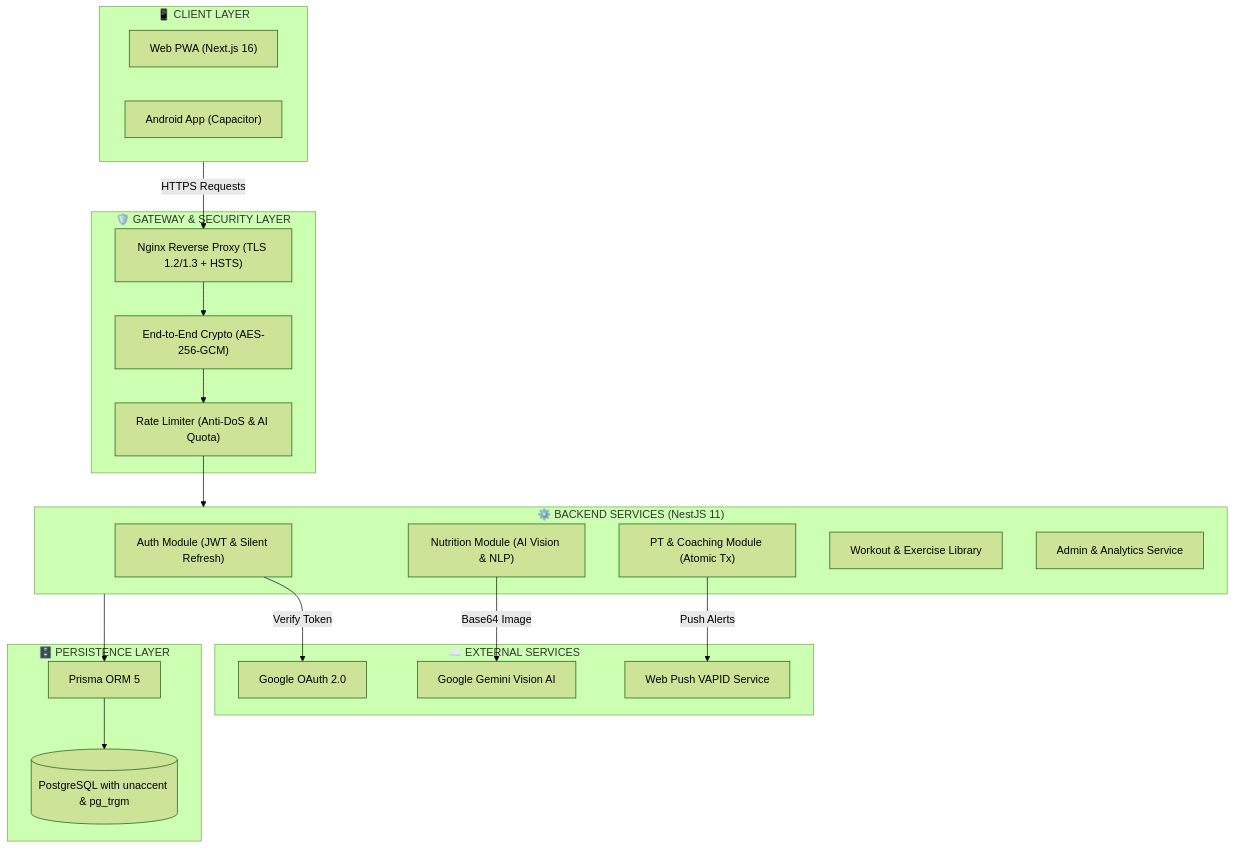
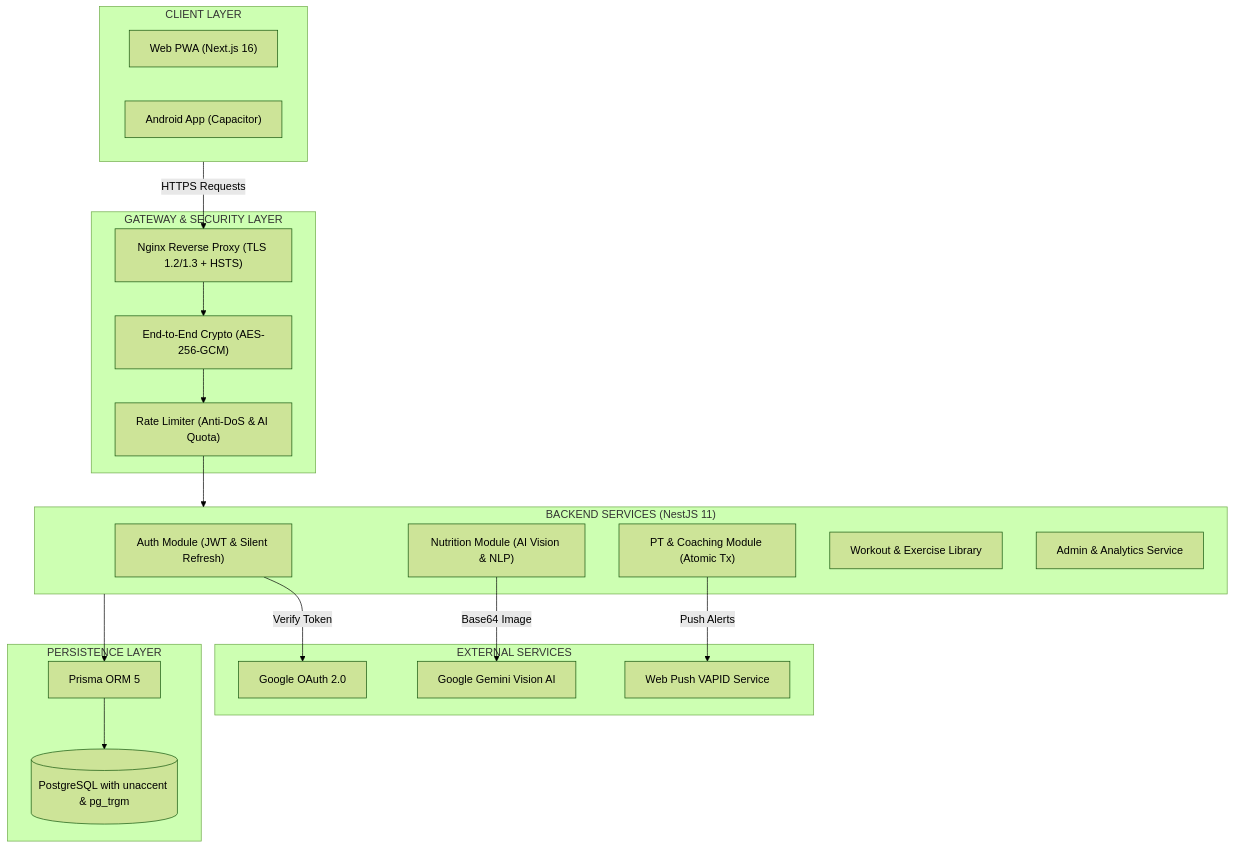
One commit to HuyIT2706/FitManagementPlatform changed the diagram in README.md. Above: the diagram before and after it, drawn with Mermaid (forest theme). The commit also changed other lines of this file and 1 other file, not shown here.

````diff
--- a/README.md
+++ b/README.md
@@ -62,44 +62,44 @@
 ```mermaid
 flowchart TB
-    subgraph Clients["📱 CLIENT LAYER"]
+    subgraph Clients["CLIENT LAYER"]
         PWA["Web PWA (Next.js 16)"]
         Mobile["Android App (Capacitor)"]
     end
 
-    subgraph Security["🛡️ GATEWAY & SECURITY LAYER"]
+    subgraph Security["GATEWAY & SECURITY LAYER"]
         Nginx["Nginx Reverse Proxy (TLS 1.2/1.3 + HSTS)"]
         Crypto["End-to-End Crypto (AES-256-GCM)"]
         Throttler["Rate Limiter (Anti-DoS & AI Quota)"]
     end
 
-    subgraph BackendApp["⚙️ BACKEND SERVICES (NestJS 11)"]
+    subgraph BackendApp["BACKEND SERVICES (NestJS 11)"]
         AuthMod["Auth Module (JWT & Silent Refresh)"]
         NutritionMod["Nutrition Module (AI Vision & NLP)"]
         PTMod["PT & Coaching Module (Atomic Tx)"]
         WorkoutMod["Workout & Exercise Library"]
         AdminMod["Admin & Analytics Service"]
     end
 
-    subgraph External["☁️ EXTERNAL SERVICES"]
+    subgraph External["EXTERNAL SERVICES"]
         GeminiAI["Google Gemini Vision AI"]
         WebPush["Web Push VAPID Service"]
         OAuth["Google OAuth 2.0"]
     end
 
-    subgraph Database["🗄️ PERSISTENCE LAYER"]
+    subgraph Database[" PERSISTENCE LAYER"]
         Postgres[(PostgreSQL with unaccent & pg_trgm)]
         Prisma["Prisma ORM 5"]
     end
 
     Clients -->|HTTPS Requests| Nginx
     Nginx --> Crypto
     Crypto --> Throttler
     Throttler --> BackendApp
 
     NutritionMod -->|Base64 Image| GeminiAI
     AuthMod -->|Verify Token| OAuth
     PTMod -->|Push Alerts| WebPush
 
     BackendApp --> Prisma
     Prisma --> Postgres
 ```
````
